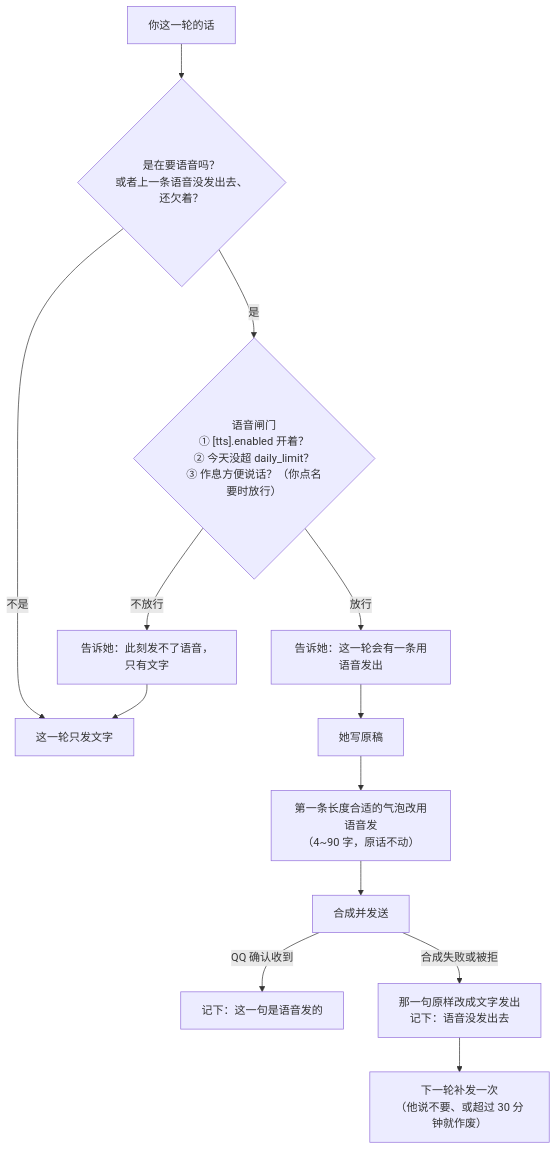
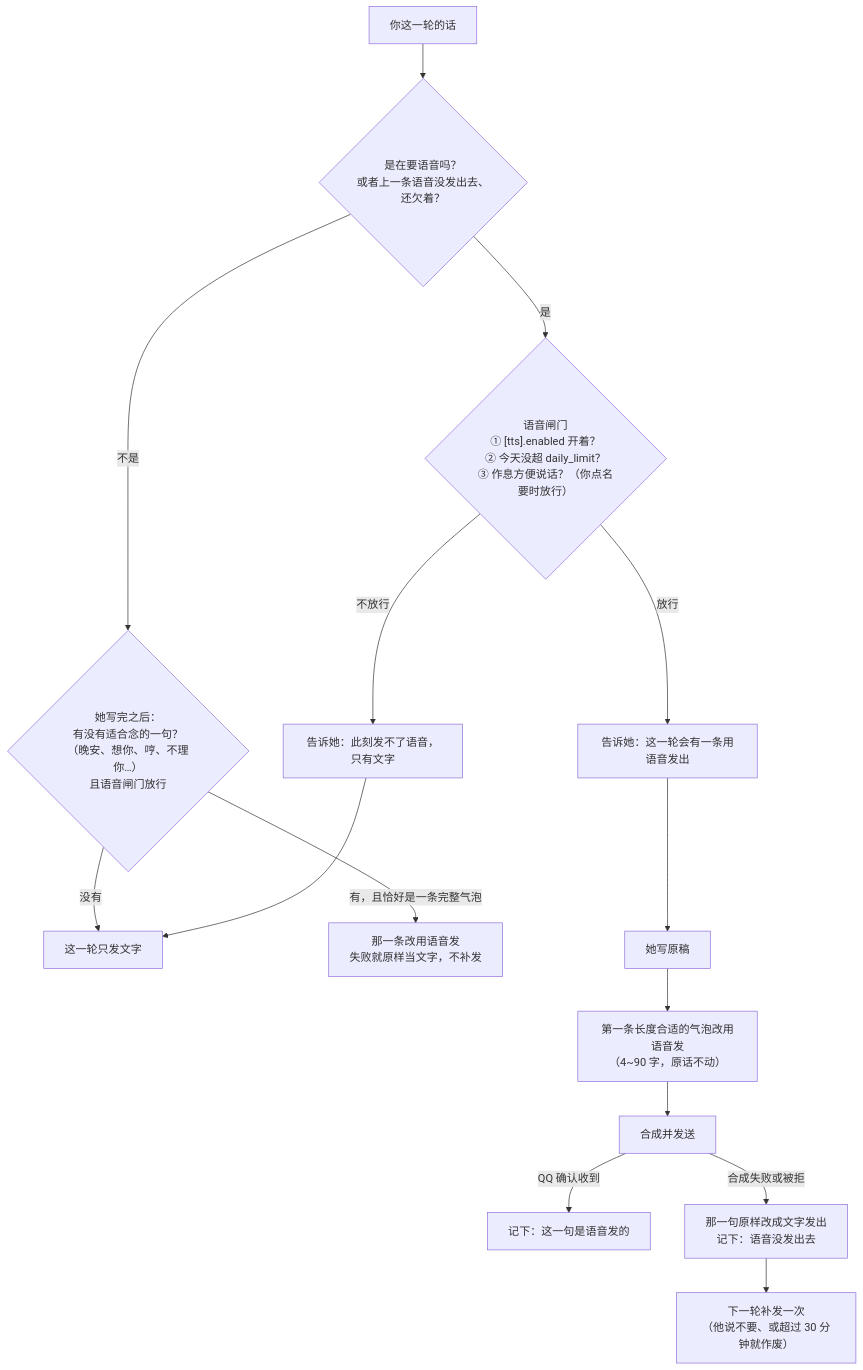
The tenth of 10 diagrams in docs/ARCHITECTURE.md (xinghefumeng0717/qq-companion-bot), drawn with Mermaid before and after one commit. The commit also changed other lines of this file and 16 other files, not shown here.

````diff
--- a/docs/ARCHITECTURE.md
+++ b/docs/ARCHITECTURE.md
@@ -453,15 +463,17 @@
 ```mermaid
 flowchart TD
     U["你这一轮的话"] --> REQ{"是在要语音吗？<br/>或者上一条语音没发出去、还欠着？"}
-    REQ -- "不是" --> TXT["这一轮只发文字"]
+    REQ -- "不是" --> CV{"她写完之后：<br/>有没有适合念的一句？<br/>（晚安、想你、哼、不理你…）<br/>且语音闸门放行"}
+    CV -- "没有" --> TXT["这一轮只发文字"]
+    CV -- "有，且恰好是一条完整气泡" --> SEND2["那一条改用语音发<br/>失败就原样当文字，不补发"]
     REQ -- "是" --> G{"语音闸门<br/>① [tts].enabled 开着？<br/>② 今天没超 daily_limit？<br/>③ 作息方便说话？（你点名要时放行）"}
     G -- "不放行" --> F0["告诉她：此刻发不了语音，只有文字"]
     F0 --> TXT
     G -- "放行" --> F1["告诉她：这一轮会有一条用语音发出"]
     F1 --> W["她写原稿"]
     W --> P["第一条长度合适的气泡改用语音发<br/>（4~90 字，原话不动）"]
     P --> SEND["合成并发送"]
     SEND -- "QQ 确认收到" --> OK["记下：这一句是语音发的"]
     SEND -- "合成失败或被拒" --> FB["那一句原样改成文字发出<br/>记下：语音没发出去"]
     FB --> RETRY["下一轮补发一次<br/>（他说不要、或超过 30 分钟就作废）"]
 ```
````
